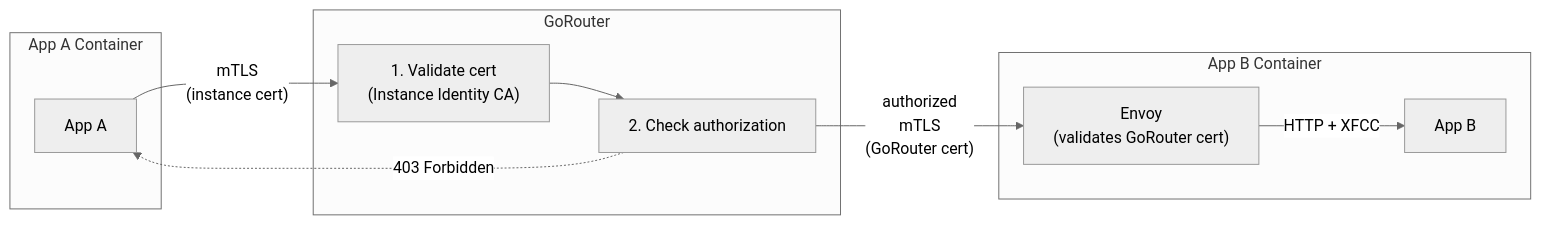
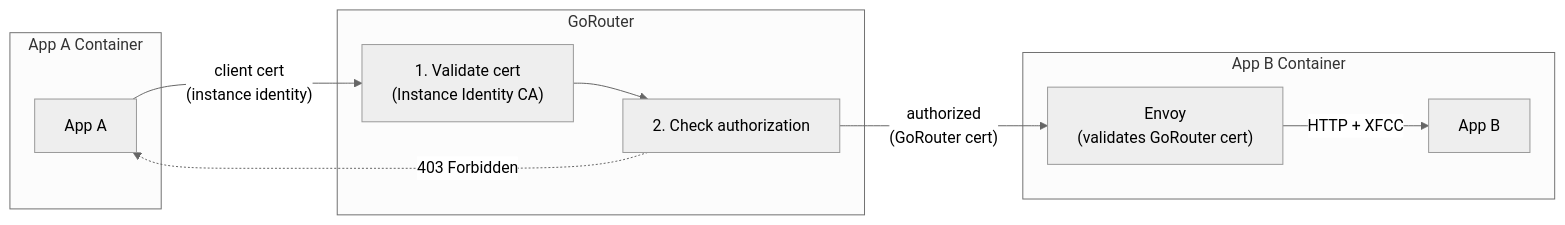
Before and after one commit to cloudfoundry/community: the first of 2 diagrams in toc/rfc/rfc-draft-domain-scoped-mtls-gorouter.md, drawn with Mermaid (neutral theme). The commit also changed other lines of this file, not shown here.

````diff
--- a/toc/rfc/rfc-draft-domain-scoped-mtls-gorouter.md
+++ b/toc/rfc/rfc-draft-domain-scoped-mtls-gorouter.md
@@ -62,22 +63,22 @@
 ```mermaid
 flowchart LR
     subgraph "App A Container"
         AppA["App A"]
     end
     
     subgraph "GoRouter"
         GR["1. Validate cert<br/>(Instance Identity CA)"]
         Auth["2. Check authorization"]
     end
     
     subgraph "App B Container"
         ProxyB["Envoy<br/>(validates GoRouter cert)"]
         AppB["App B"]
     end
     
-    AppA -->|"mTLS<br/>(instance cert)"| GR
+    AppA -->|"client cert<br/>(instance identity)"| GR
     GR --> Auth
-    Auth -->|"authorized<br/>mTLS<br/>(GoRouter cert)"| ProxyB
+    Auth -->|"authorized<br/>(GoRouter cert)"| ProxyB
     Auth -.->|"403 Forbidden"| AppA
     ProxyB -->|"HTTP + XFCC"| AppB
 ```
````
